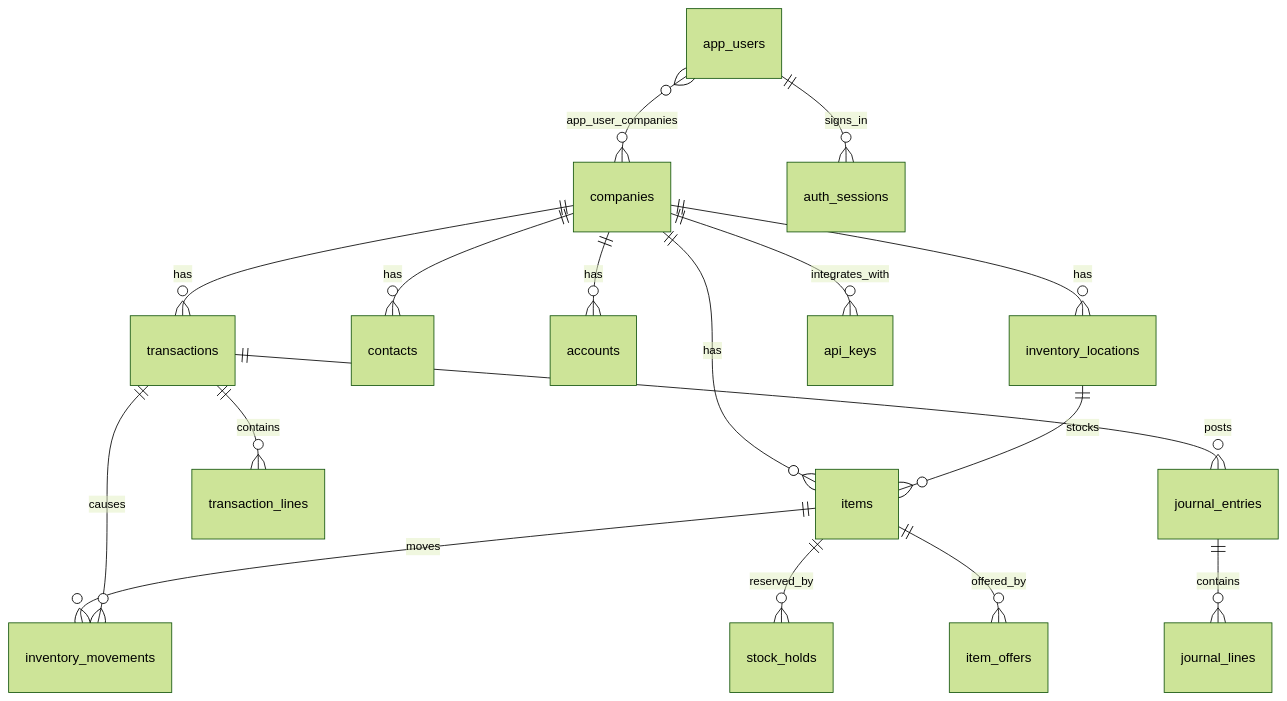
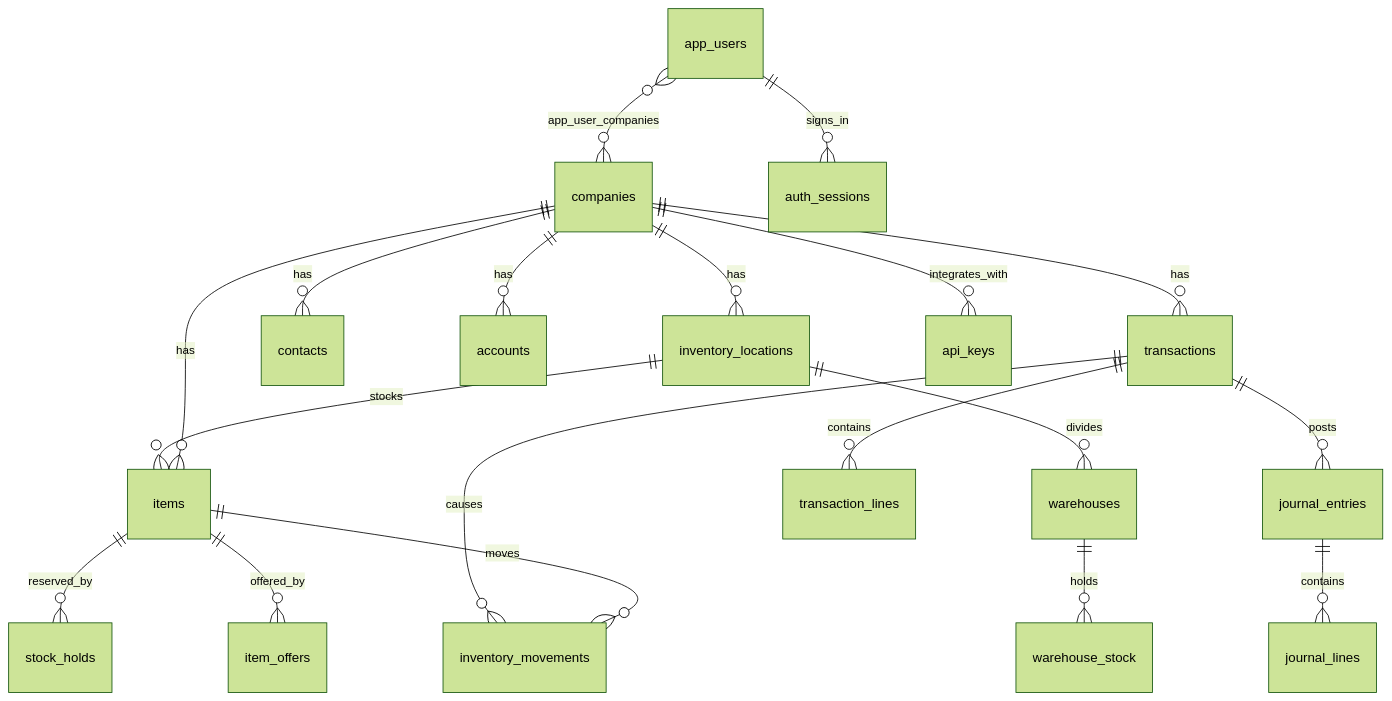
The diagram in docs/DATA-MODEL.md (jawadzsm-jpg/Quickbook), drawn with Mermaid (forest theme) before and after one commit. The commit also changed other lines of this file and 11 other files, not shown here.

Commit message:
Warehouses inside an inventory (Phase 1): tables, default warehouse, management UI

````diff
--- a/docs/DATA-MODEL.md
+++ b/docs/DATA-MODEL.md
@@ -17,19 +17,21 @@
 ```mermaid
 erDiagram
   companies ||--o{ inventory_locations : has
   companies ||--o{ contacts : has
   companies ||--o{ items : has
   companies ||--o{ accounts : has
   companies ||--o{ transactions : has
   inventory_locations ||--o{ items : stocks
+  inventory_locations ||--o{ warehouses : divides
+  warehouses ||--o{ warehouse_stock : holds
   transactions ||--o{ transaction_lines : contains
   transactions ||--o{ journal_entries : posts
   journal_entries ||--o{ journal_lines : contains
   items ||--o{ inventory_movements : moves
   transactions ||--o{ inventory_movements : causes
   items ||--o{ stock_holds : reserved_by
   items ||--o{ item_offers : offered_by
   app_users ||--o{ auth_sessions : signs_in
   app_users }o--o{ companies : app_user_companies
   companies ||--o{ api_keys : integrates_with
 ```
````
